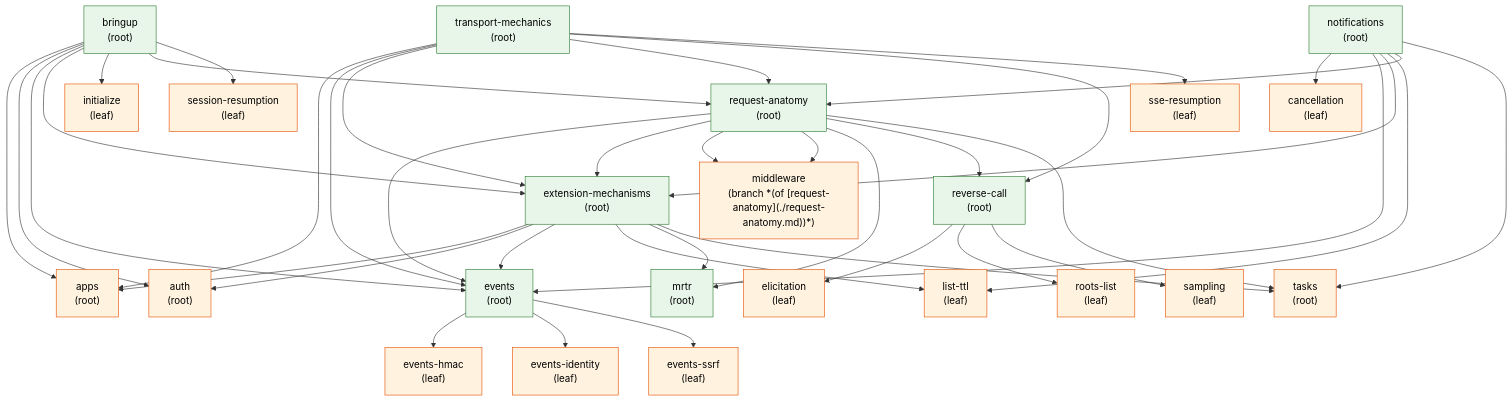
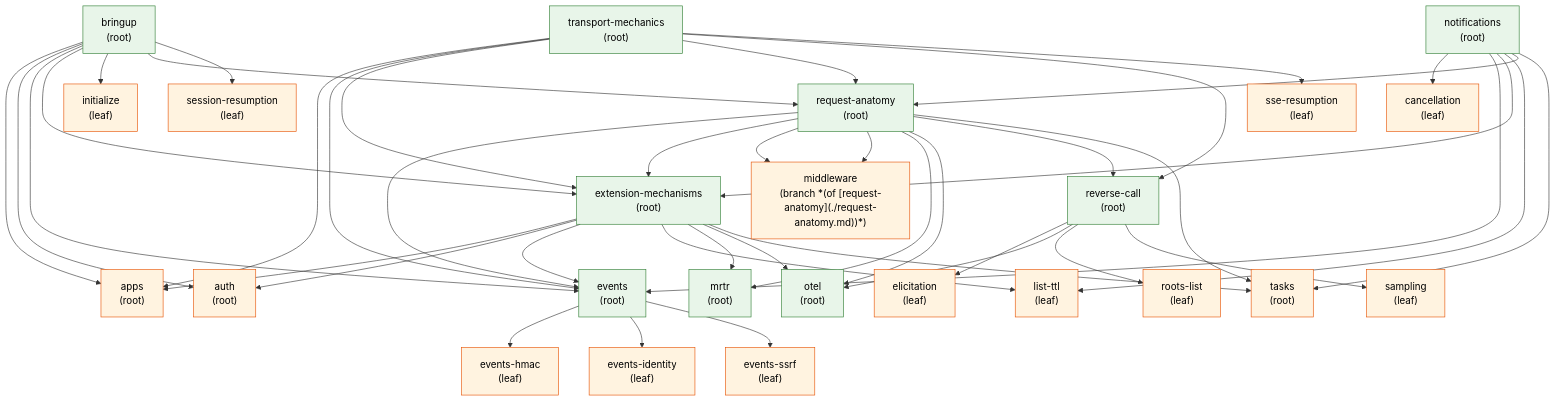
One commit to panyam/mcpkit changed the diagram in tutorials/walkthrough/GRAPH.md. Above: the diagram before and after it, drawn with Mermaid. The commit also changed 4 other files, not shown here.

First line of the commit message:
tutorials/walkthrough: add OTel tracing deep-dive (SEP-414)

````diff
--- a/tutorials/walkthrough/GRAPH.md
+++ b/tutorials/walkthrough/GRAPH.md
@@ -35,6 +35,8 @@
     click mrtr "https://github.com/panyam/mcpkit/blob/main/tutorials/walkthrough/mrtr.md"
     notifications["notifications<br/>(root)"]
     click notifications "https://github.com/panyam/mcpkit/blob/main/tutorials/walkthrough/notifications.md"
+    otel["otel<br/>(root)"]
+    click otel "https://github.com/panyam/mcpkit/blob/main/tutorials/walkthrough/otel.md"
     request-anatomy["request-anatomy<br/>(root)"]
     click request-anatomy "https://github.com/panyam/mcpkit/blob/main/tutorials/walkthrough/request-anatomy.md"
     reverse-call["reverse-call<br/>(root)"]
@@ -78,6 +80,9 @@
     request-anatomy --> middleware
     request-anatomy --> mrtr
     extension-mechanisms --> mrtr
+    request-anatomy --> otel
+    extension-mechanisms --> otel
+    reverse-call --> otel
     bringup --> request-anatomy
     transport-mechanics --> request-anatomy
     notifications --> request-anatomy
@@ -93,6 +98,6 @@
 
     classDef written fill:#e8f5e9,stroke:#2e7d32,color:#000;
     classDef stub fill:#fff3e0,stroke:#e65100,color:#000;
-    class bringup,events,extension-mechanisms,mrtr,notifications,request-anatomy,reverse-call,transport-mechanics written;
+    class bringup,events,extension-mechanisms,mrtr,notifications,otel,request-anatomy,reverse-call,transport-mechanics written;
     class apps,auth,cancellation,elicitation,events-hmac,events-identity,events-ssrf,initialize,list-ttl,middleware,roots-list,sampling,session-resumption,sse-resumption,tasks stub;
 ```
````
